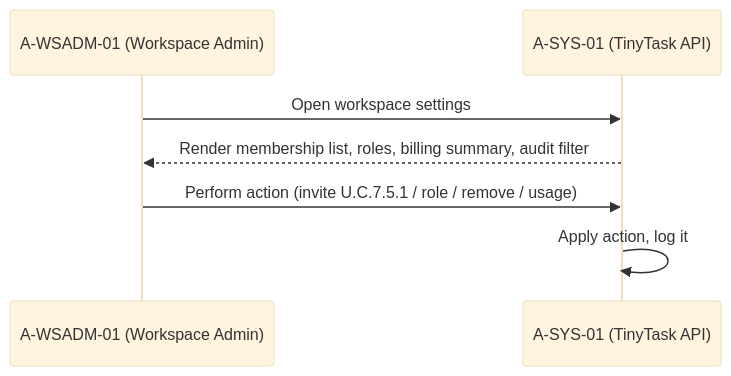
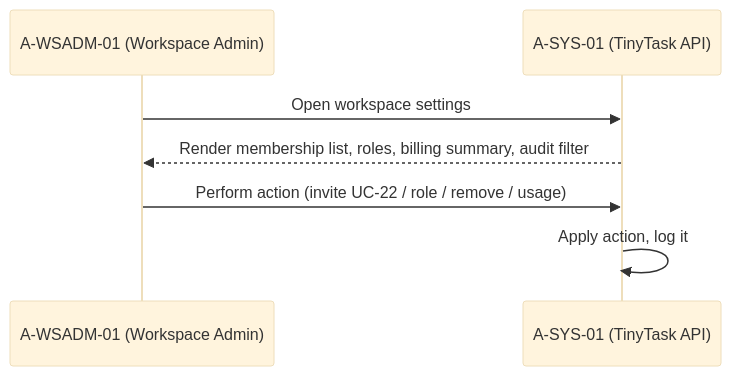
One commit to pauloribeiro16/Methodology_compact changed diagram 19 of 23 in 02_CASES/Case_01_TinyTask_SaaS/03_PHASE3_DECOMPOSITION_RICH/annexes/B_Sequence_Diagrams.md. Above: the diagram before and after it, drawn with Mermaid (base theme). The commit also changed other lines of this file and 34 other files, not shown here.

Commit message:
[EXECUTOR] F2 RENUMBER Case_01: U.C.x.y.z flattened → UC-01..40 (compliance 01..17 + product 18..40), two-phase, 20 files, xlsx+builder regenerated, 11 SVGs re-rendered; gates PASS (verify_rich 0, audit 100%, mermaid 192/192, smoke 16/16)

````diff
--- a/02_CASES/Case_01_TinyTask_SaaS/03_PHASE3_DECOMPOSITION_RICH/annexes/B_Sequence_Diagrams.md
+++ b/02_CASES/Case_01_TinyTask_SaaS/03_PHASE3_DECOMPOSITION_RICH/annexes/B_Sequence_Diagrams.md
@@ -244,9 +245,9 @@
 ```mermaid
 sequenceDiagram
     participant ADM as A-WSADM-01 (Workspace Admin)
     participant SYS as A-SYS-01 (TinyTask API)
     ADM->>SYS: Open workspace settings
     SYS-->>ADM: Render membership list, roles, billing summary, audit filter
-    ADM->>SYS: Perform action (invite U.C.7.5.1 / role / remove / usage)
+    ADM->>SYS: Perform action (invite UC-22 / role / remove / usage)
     SYS->>SYS: Apply action, log it
 ```
````
